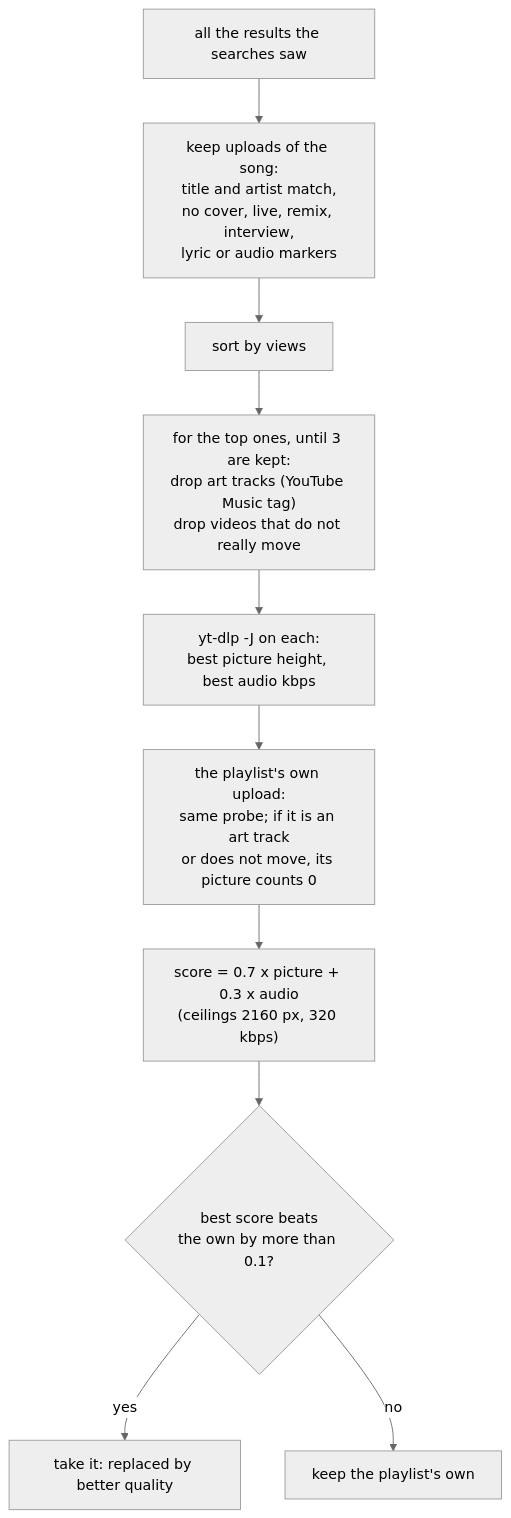
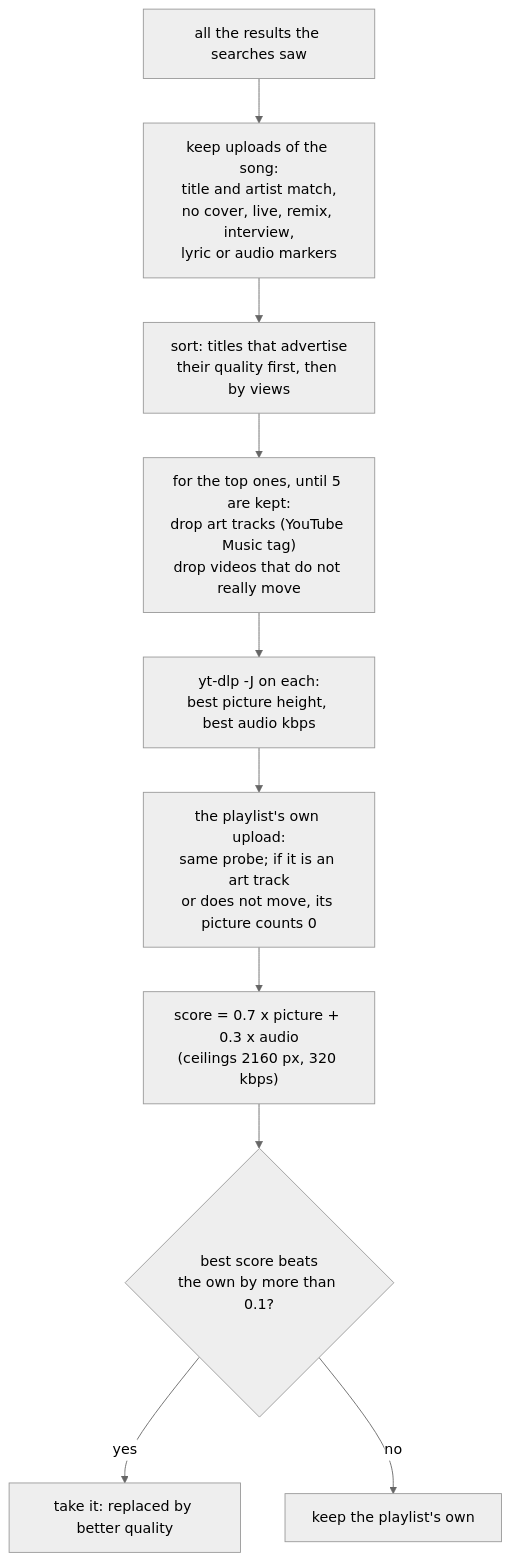
The tenth of 18 diagrams in nerdy-info.md (russoedu/MVD), drawn with Mermaid (neutral theme) before and after one commit. The commit also changed other lines of this file and 5 other files, not shown here.

````diff
--- a/nerdy-info.md
+++ b/nerdy-info.md
@@ -470,12 +470,12 @@
 ```mermaid
 flowchart TD
   R[all the results the searches saw] --> F["keep uploads of the song:<br/>title and artist match,<br/>no cover, live, remix, interview,<br/>lyric or audio markers"]
-  F --> V[sort by views]
-  V --> T["for the top ones, until 3 are kept:<br/>drop art tracks (YouTube Music tag)<br/>drop videos that do not really move"]
+  F --> V["sort: titles that advertise<br/>their quality first, then by views"]
+  V --> T["for the top ones, until 5 are kept:<br/>drop art tracks (YouTube Music tag)<br/>drop videos that do not really move"]
   T --> Q["yt-dlp -J on each:<br/>best picture height, best audio kbps"]
   Q --> O["the playlist's own upload:<br/>same probe; if it is an art track<br/>or does not move, its picture counts 0"]
   O --> S["score = 0.7 x picture + 0.3 x audio<br/>(ceilings 2160 px, 320 kbps)"]
   S --> M{best score beats<br/>the own by more than 0.1?}
   M -->|yes| W[take it: replaced by better quality]
   M -->|no| K[keep the playlist's own]
 ```
````
